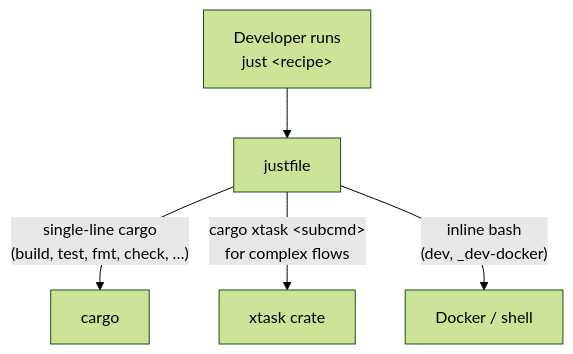
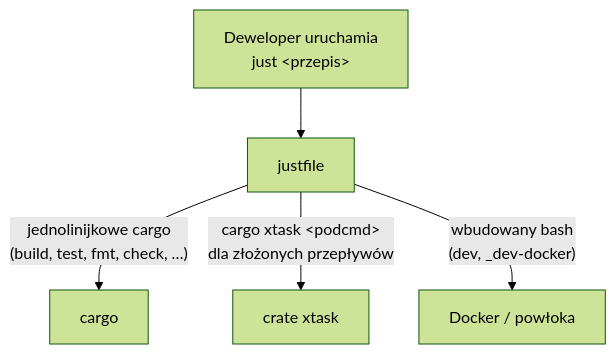
Before and after one commit to leszek3737/librefang-WIki: the first of 2 diagrams in root-justfile.md, drawn with Mermaid (forest theme). The commit also changed other lines of this file and 104 other files, not shown here.

````diff
--- a/root-justfile.md
+++ b/root-justfile.md
@@ -15,8 +15,8 @@
 ```mermaid
 graph TD
-    Dev["Developer runs<br/>just &lt;recipe&gt;"]
+    Dev["Deweloper uruchamia<br/>just &lt;przepis&gt;"]
     Dev --> Justfile["justfile"]
-    Justfile -->|"single-line cargo<br/>(build, test, fmt, check, …)"| Cargo["cargo"]
-    Justfile -->|"cargo xtask &lt;subcmd&gt;<br/>for complex flows"| Xtask["xtask crate"]
-    Justfile -->|"inline bash<br/>(dev, _dev-docker)"| Docker["Docker / shell"]
+    Justfile -->|"jednolinijkowe cargo<br/>(build, test, fmt, check, …)"| Cargo["cargo"]
+    Justfile -->|"cargo xtask &lt;podcmd&gt;<br/>dla złożonych przepływów"| Xtask["crate xtask"]
+    Justfile -->|"wbudowany bash<br/>(dev, _dev-docker)"| Docker["Docker / powłoka"]
 ```
````
